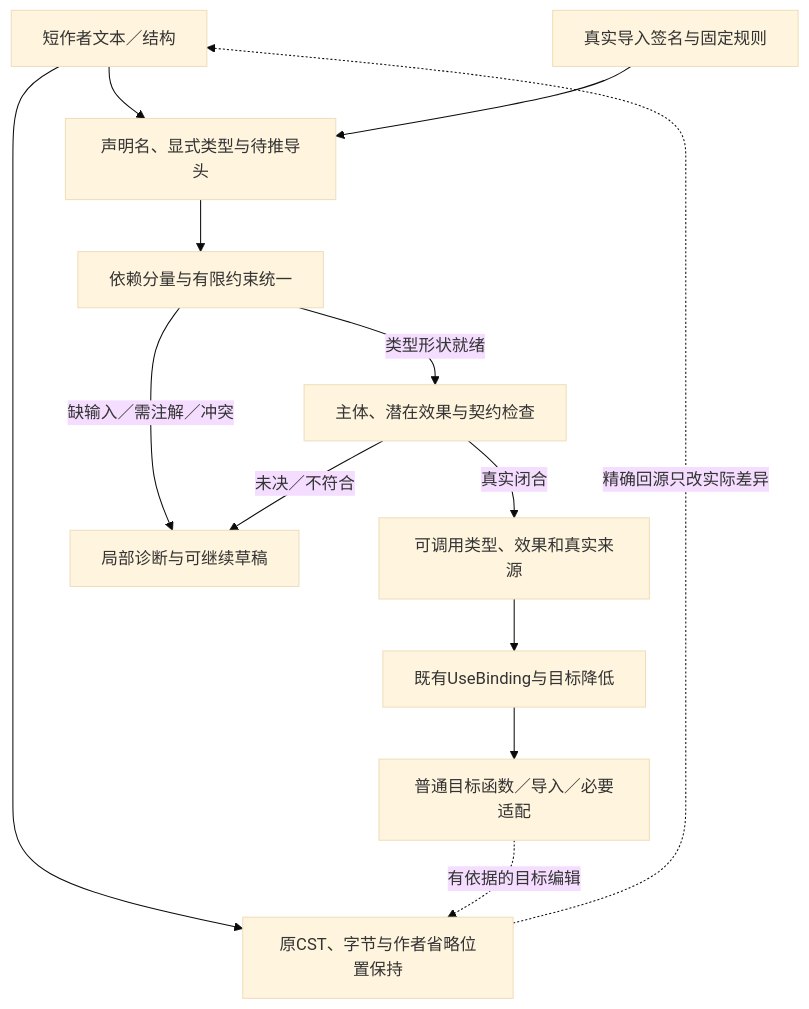
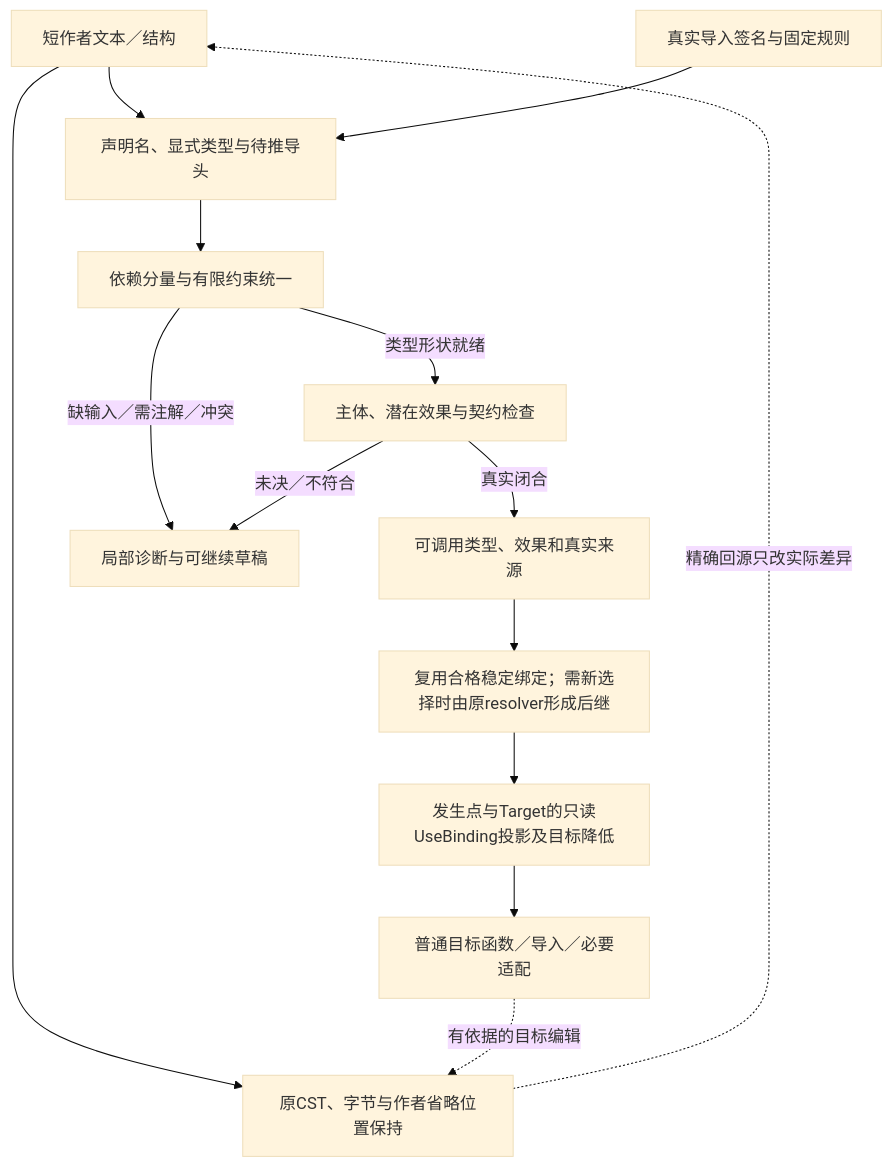
Before and after one commit to sec-platform/sec: the third of 3 diagrams in docs/编译/内核/编译值服务.md, drawn with Mermaid (base theme). The commit also changed other lines of this file and 171 other files, not shown here.

````diff
--- a/docs/编译/内核/编译值服务.md
+++ b/docs/编译/内核/编译值服务.md
@@ -364,15 +365,16 @@
 ```mermaid
 flowchart TB
   S["短作者文本／结构"] --> H["声明名、显式类型与待推导头"]
   I["真实导入签名与固定规则"] --> H
   H --> Q["依赖分量与有限约束统一"]
   Q -->|"类型形状就绪"| E["主体、潜在效果与契约检查"]
   E -->|"真实闭合"| C["可调用类型、效果和真实来源"]
   Q -->|"缺输入／需注解／冲突"| D["局部诊断与可继续草稿"]
   E -->|"未决／不符合"| D
-  C --> L["既有UseBinding与目标降低"]
+  C --> R["复用合格稳定绑定；需新选择时由原resolver形成后继"]
+  R --> L["发生点与Target的只读UseBinding投影及目标降低"]
   L --> O["普通目标函数／导入／必要适配"]
   S --> P["原CST、字节与作者省略位置保持"]
   P -. "精确回源只改实际差异" .-> S
   O -. "有依据的目标编辑" .-> P
 ```
````
